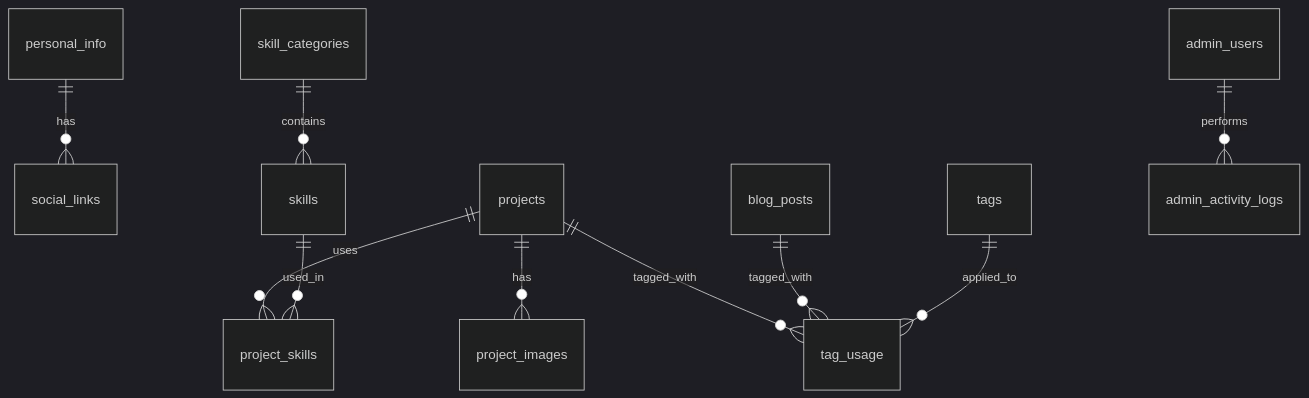
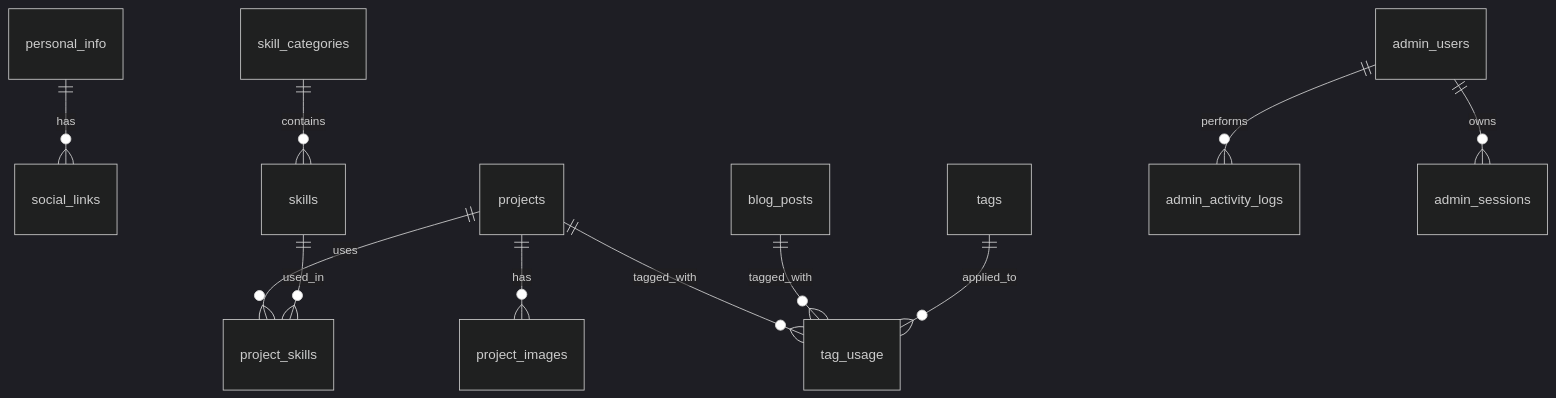
The diagram in README.md (seungwoo505/Portfolio2), drawn with Mermaid (dark theme) before and after one commit. The commit also changed other lines of this file and 3 other files, not shown here.

````diff
--- a/README.md
+++ b/README.md
@@ -385,12 +394,13 @@
 ```mermaid
 erDiagram
     personal_info ||--o{ social_links : "has"
     skill_categories ||--o{ skills : "contains"
     projects ||--o{ project_images : "has"
     projects ||--o{ project_skills : "uses"
     skills ||--o{ project_skills : "used_in"
     projects ||--o{ tag_usage : "tagged_with"
     blog_posts ||--o{ tag_usage : "tagged_with"
     tags ||--o{ tag_usage : "applied_to"
     admin_users ||--o{ admin_activity_logs : "performs"
+    admin_users ||--o{ admin_sessions : "owns"
 ```
````
